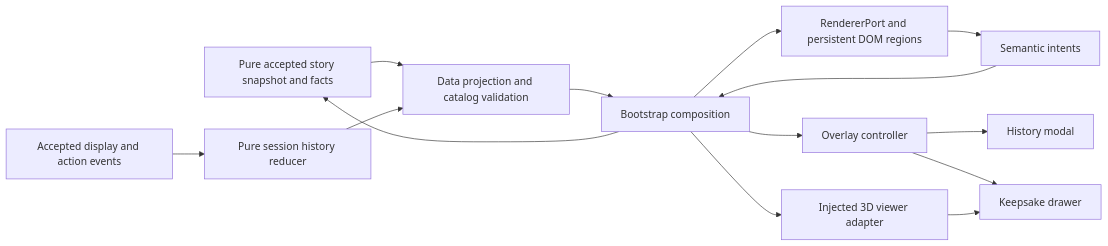
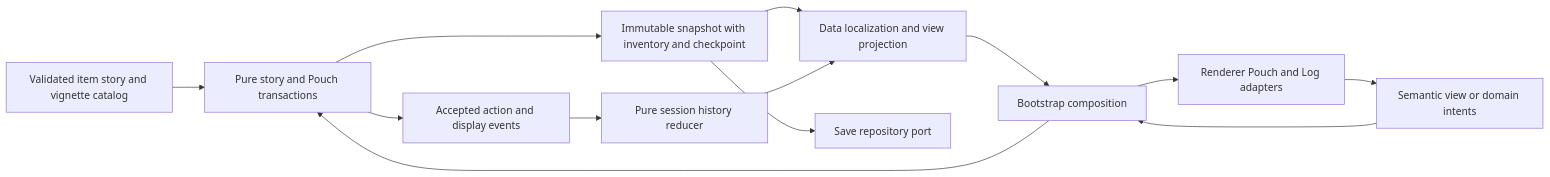
The second of 2 diagrams in docs/proposals/sprint-04-overhaul/01-proposal-plan.md (T3thr/JaoKob), drawn with Mermaid before and after one commit. The commit also changed other lines of this file and 8 other files, not shown here.

Commit message:
docs(sprint): adopt keepsake pouch and narrative PO directive (CR-0005)

````diff
--- a/docs/proposals/sprint-04-overhaul/01-proposal-plan.md
+++ b/docs/proposals/sprint-04-overhaul/01-proposal-plan.md
@@ -226,16 +347,15 @@
 ```mermaid
 flowchart LR
-    Story[Pure accepted story snapshot and facts] --> Data[Data projection and catalog validation]
-    Data --> Root[Bootstrap composition]
-    Events[Accepted display and action events] --> History[Pure session history reducer]
-    History --> Data
-    Root --> DOM[RendererPort and persistent DOM regions]
-    Root --> Overlay[Overlay controller]
-    Overlay --> Log[History modal]
-    Overlay --> Drawer[Keepsake drawer]
-    Root --> Viewer[Injected 3D viewer adapter]
-    Viewer --> Drawer
-    DOM --> Intents[Semantic intents]
+    Catalog[Validated item story and vignette catalog] --> Core[Pure story and Pouch transactions]
+    Core --> Snapshot[Immutable snapshot with inventory and checkpoint]
+    Snapshot --> Projection[Data localization and view projection]
+    Snapshot --> Save[Save repository port]
+    Projection --> Root[Bootstrap composition]
+    Root --> UI[Renderer Pouch and Log adapters]
+    UI --> Intents[Semantic view or domain intents]
     Intents --> Root
-    Root --> Story
+    Root --> Core
+    Core --> Events[Accepted action and display events]
+    Events --> History[Pure session history reducer]
+    History --> Projection
 ```
````
